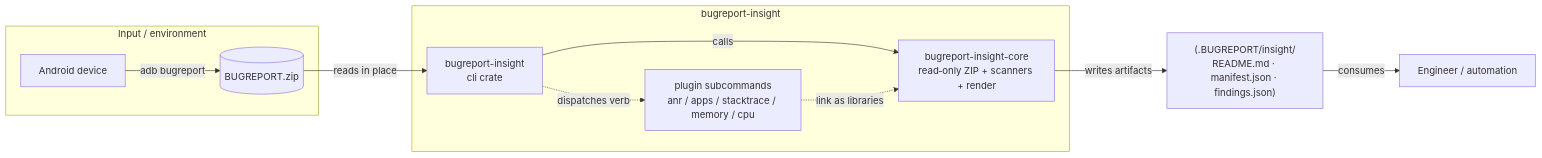
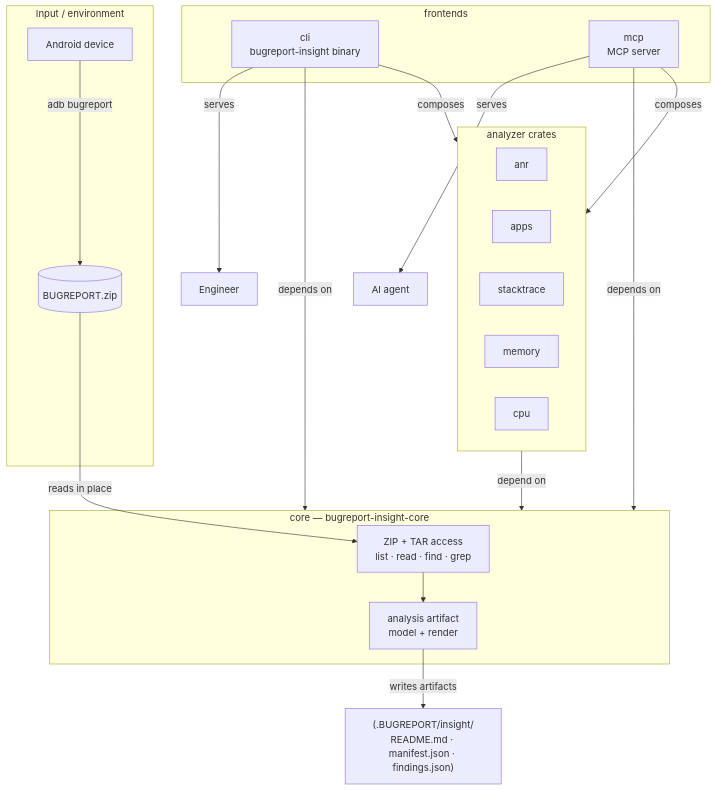
Before and after one commit to khoa-io/adb-bugreport-insight: the diagram in docs/architecture.md, drawn with Mermaid. The commit also changed other lines of this file and 10 other files, not shown here.

````diff
--- a/docs/architecture.md
+++ b/docs/architecture.md
@@ -7,20 +7,39 @@
 ```mermaid
-flowchart LR
-    subgraph external["Input / environment"]
+flowchart TD
+    subgraph input["Input / environment"]
         DEV[Android device] -->|"adb bugreport"| ZIP[("BUGREPORT.zip")]
     end
-    subgraph tool["bugreport-insight"]
-        CLI["bugreport-insight<br/>cli crate"]
-        CORE["bugreport-insight-core<br/>read‑only ZIP + scanners + render"]
-        PLUGINS["plugin subcommands<br/>anr / apps / stacktrace / memory / cpu"]
+
+    subgraph core["core — bugreport-insight-core"]
+        ARCHIVE["ZIP + TAR access<br/>list · read · find · grep"]
+        ARTIFACT["analysis artifact<br/>model + render"]
+        ARCHIVE --> ARTIFACT
     end
-    OUT["(.BUGREPORT/insight/<br/>README.md · manifest.json · findings.json)" ]
-    USER["Engineer / automation"]
 
-    ZIP -->|"reads in place"| CLI
-    CLI -->|"calls"| CORE
-    CLI -.->|"dispatches verb"| PLUGINS
-    PLUGINS -.->|"link as libraries"| CORE
-    CORE -->|"writes artifacts"| OUT
-    OUT -->|"consumes"| USER
+    subgraph analyzers["analyzer crates"]
+        ANR[anr]
+        APPS[apps]
+        STACK[stacktrace]
+        MEM[memory]
+        CPU[cpu]
+    end
+
+    subgraph frontends["frontends"]
+        CLI["cli<br/>bugreport-insight binary"]
+        MCP["mcp<br/>MCP server"]
+    end
+
+    OUT["(.BUGREPORT/insight/<br/>README.md · manifest.json · findings.json)"]
+    ENGINEER["Engineer"]
+    AGENT["AI agent"]
+
+    ZIP -->|"reads in place"| ARCHIVE
+    analyzers -->|"depend on"| core
+    CLI -->|"depends on"| core
+    CLI -->|"composes"| analyzers
+    MCP -->|"depends on"| core
+    MCP -->|"composes"| analyzers
+    ARTIFACT -->|"writes artifacts"| OUT
+    CLI -->|"serves"| ENGINEER
+    MCP -->|"serves"| AGENT
 ```
````
